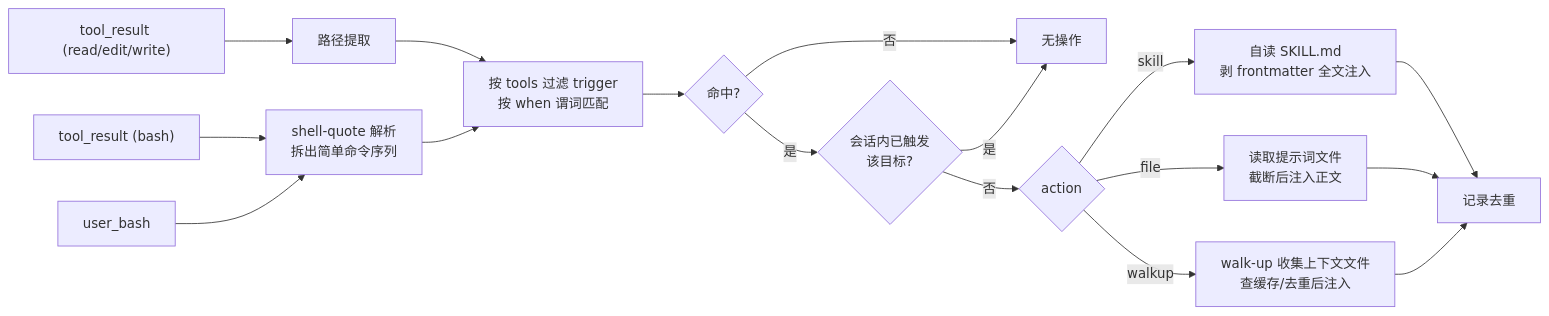
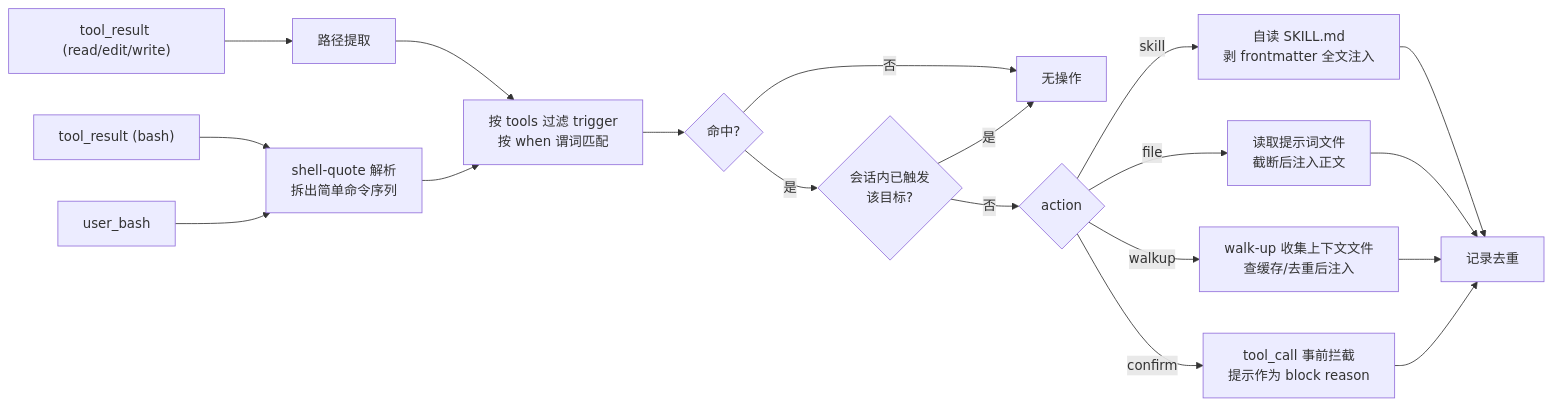
One commit to YewFence/pi-grove changed the diagram in docs/pi-cues/design.md. Above: the diagram before and after it, drawn with Mermaid. The commit also changed other lines of this file and 12 other files, not shown here.

````diff
--- a/docs/pi-cues/design.md
+++ b/docs/pi-cues/design.md
@@ -39,19 +39,21 @@
 ```mermaid
 flowchart LR
     A["tool_result (bash)"] --> B["shell-quote 解析\n拆出简单命令序列"]
     A2["user_bash"] --> B
     A3["tool_result (read/edit/write)"] --> B2["路径提取"]
     B2 --> C
     B --> C["按 tools 过滤 trigger\n按 when 谓词匹配"]
     C --> D{"命中?"}
     D -- 否 --> X[无操作]
     D -- 是 --> E{"会话内已触发\n该目标?"}
     E -- 是 --> X
     E -- 否 --> F{"action"}
     F -- skill --> G["自读 SKILL.md\n剥 frontmatter 全文注入"]
     F -- file --> H["读取提示词文件\n截断后注入正文"]
     F -- walkup --> H2["walk-up 收集上下文文件\n查缓存/去重后注入"]
     G --> I["记录去重"]
     H --> I
     H2 --> I
+    F -- confirm --> F2["tool_call 事前拦截\n提示作为 block reason"]
+    F2 --> I
 ```
````
